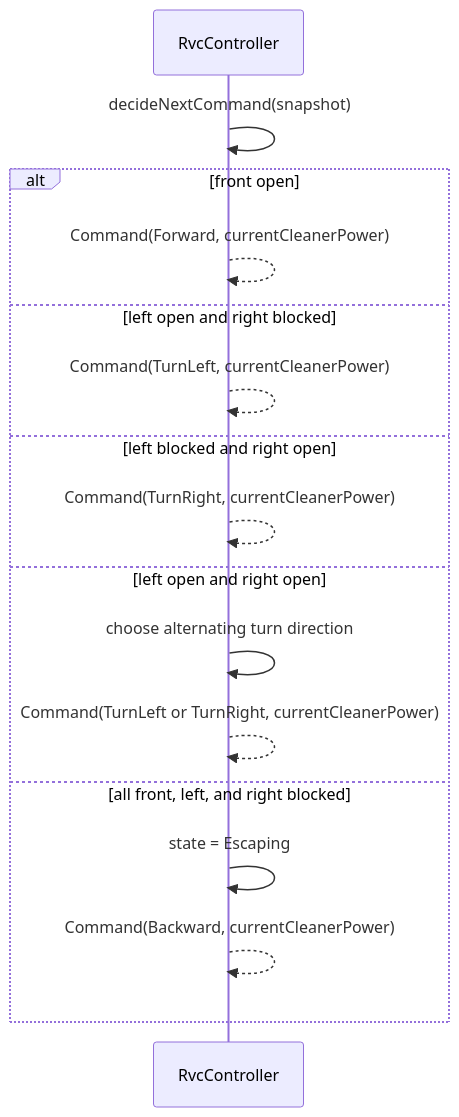
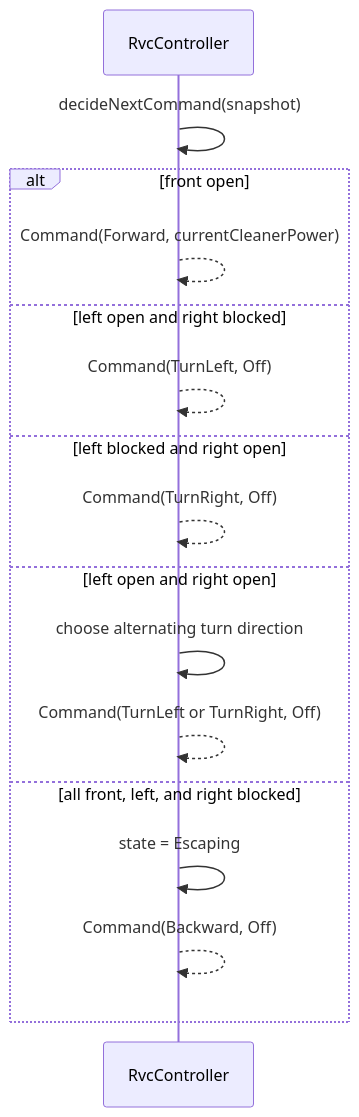
Before and after one commit to reload02/ooad-vibe: the sixth of 9 diagrams in docs/sdd.md, drawn with Mermaid. The commit also changed other lines of this file and 15 other files, not shown here.

First line of the commit message:
Refactor RVC Control System Architecture

````diff
--- a/docs/sdd.md
+++ b/docs/sdd.md
@@ -370,19 +455,19 @@
 ```mermaid
 sequenceDiagram
     participant Controller as RvcController
 
     Controller->>Controller: decideNextCommand(snapshot)
     alt front open
         Controller-->>Controller: Command(Forward, currentCleanerPower)
     else left open and right blocked
-        Controller-->>Controller: Command(TurnLeft, currentCleanerPower)
+        Controller-->>Controller: Command(TurnLeft, Off)
     else left blocked and right open
-        Controller-->>Controller: Command(TurnRight, currentCleanerPower)
+        Controller-->>Controller: Command(TurnRight, Off)
     else left open and right open
         Controller->>Controller: choose alternating turn direction
-        Controller-->>Controller: Command(TurnLeft or TurnRight, currentCleanerPower)
+        Controller-->>Controller: Command(TurnLeft or TurnRight, Off)
     else all front, left, and right blocked
         Controller->>Controller: state = Escaping
-        Controller-->>Controller: Command(Backward, currentCleanerPower)
+        Controller-->>Controller: Command(Backward, Off)
     end
 ```
````
